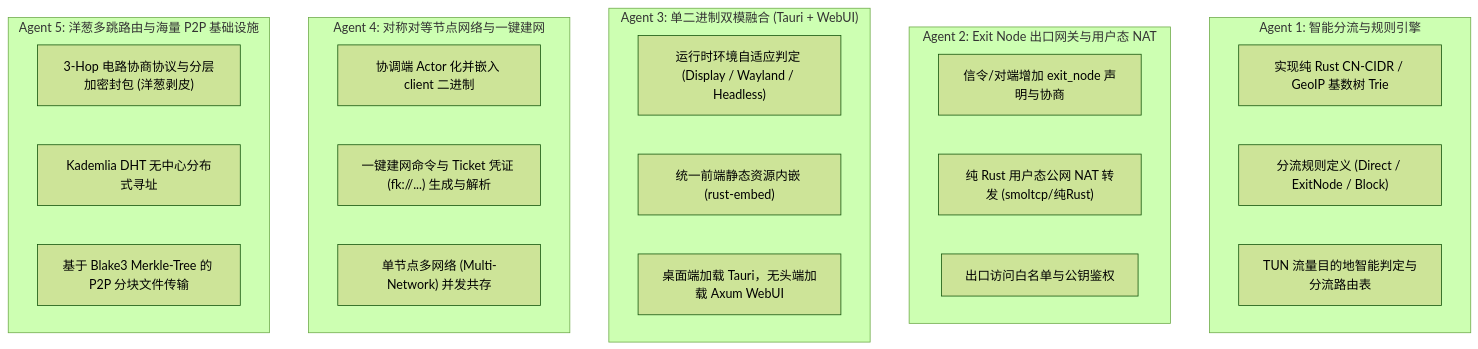
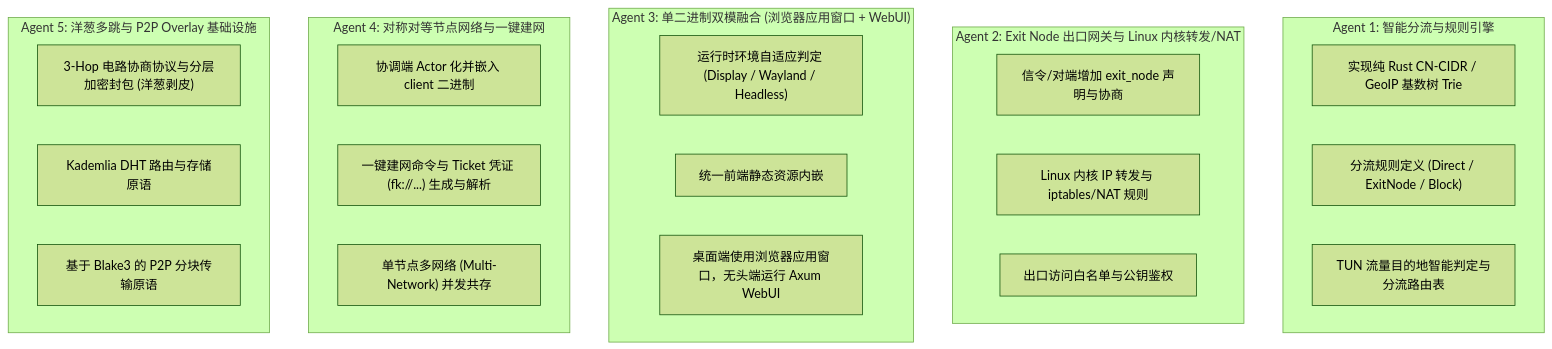
One commit to xleis/fuckipv6 changed the diagram in NEXTGEN_TODO.md. Above: the diagram before and after it, drawn with Mermaid (forest theme). The commit also changed other lines of this file and 1 other file, not shown here.

````diff
--- a/NEXTGEN_TODO.md
+++ b/NEXTGEN_TODO.md
@@ -10,32 +10,32 @@
 ```mermaid
 flowchart TD
     subgraph Agent1 ["Agent 1: 智能分流与规则引擎"]
         A1_1["实现纯 Rust CN-CIDR / GeoIP 基数树 Trie"]
         A1_2["分流规则定义 (Direct / ExitNode / Block)"]
         A1_3["TUN 流量目的地智能判定与分流路由表"]
     end
 
-    subgraph Agent2 ["Agent 2: Exit Node 出口网关与用户态 NAT"]
+    subgraph Agent2 ["Agent 2: Exit Node 出口网关与 Linux 内核转发/NAT"]
         A2_1["信令/对端增加 exit_node 声明与协商"]
-        A2_2["纯 Rust 用户态公网 NAT 转发 (smoltcp/纯Rust)"]
+        A2_2["Linux 内核 IP 转发与 iptables/NAT 规则"]
         A2_3["出口访问白名单与公钥鉴权"]
     end
 
-    subgraph Agent3 ["Agent 3: 单二进制双模融合 (Tauri + WebUI)"]
+    subgraph Agent3 ["Agent 3: 单二进制双模融合 (浏览器应用窗口 + WebUI)"]
         A3_1["运行时环境自适应判定 (Display / Wayland / Headless)"]
-        A3_2["统一前端静态资源内嵌 (rust-embed)"]
-        A3_3["桌面端加载 Tauri，无头端加载 Axum WebUI"]
+        A3_2["统一前端静态资源内嵌"]
+        A3_3["桌面端使用浏览器应用窗口，无头端运行 Axum WebUI"]
     end
 
     subgraph Agent4 ["Agent 4: 对称对等节点网络与一键建网"]
         A4_1["协调端 Actor 化并嵌入 client 二进制"]
         A4_2["一键建网命令与 Ticket 凭证 (fk://...) 生成与解析"]
         A4_3["单节点多网络 (Multi-Network) 并发共存"]
     end
 
-    subgraph Agent5 ["Agent 5: 洋葱多跳路由与海量 P2P 基础设施"]
+    subgraph Agent5 ["Agent 5: 洋葱多跳与 P2P Overlay 基础设施"]
         A5_1["3-Hop 电路协商协议与分层加密封包 (洋葱剥皮)"]
-        A5_2["Kademlia DHT 无中心分布式寻址"]
-        A5_3["基于 Blake3 Merkle-Tree 的 P2P 分块文件传输"]
+        A5_2["Kademlia DHT 路由与存储原语"]
+        A5_3["基于 Blake3 的 P2P 分块传输原语"]
     end
 ```
````
